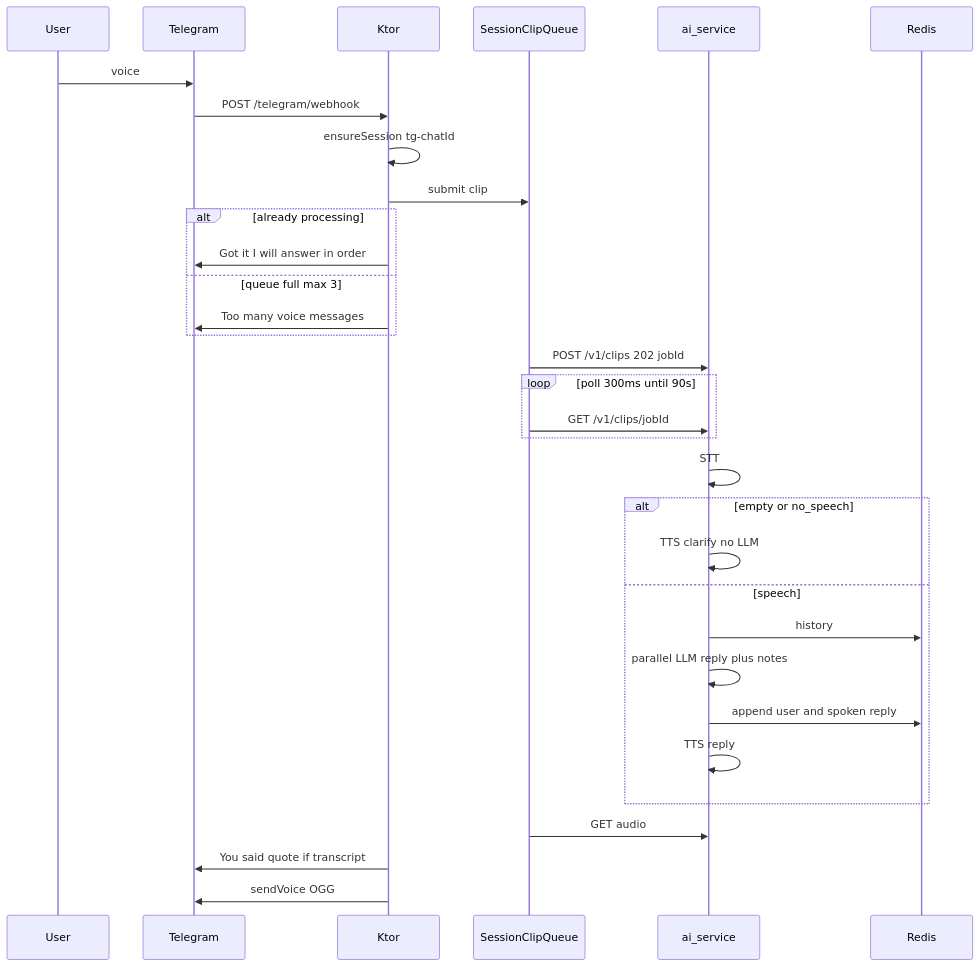
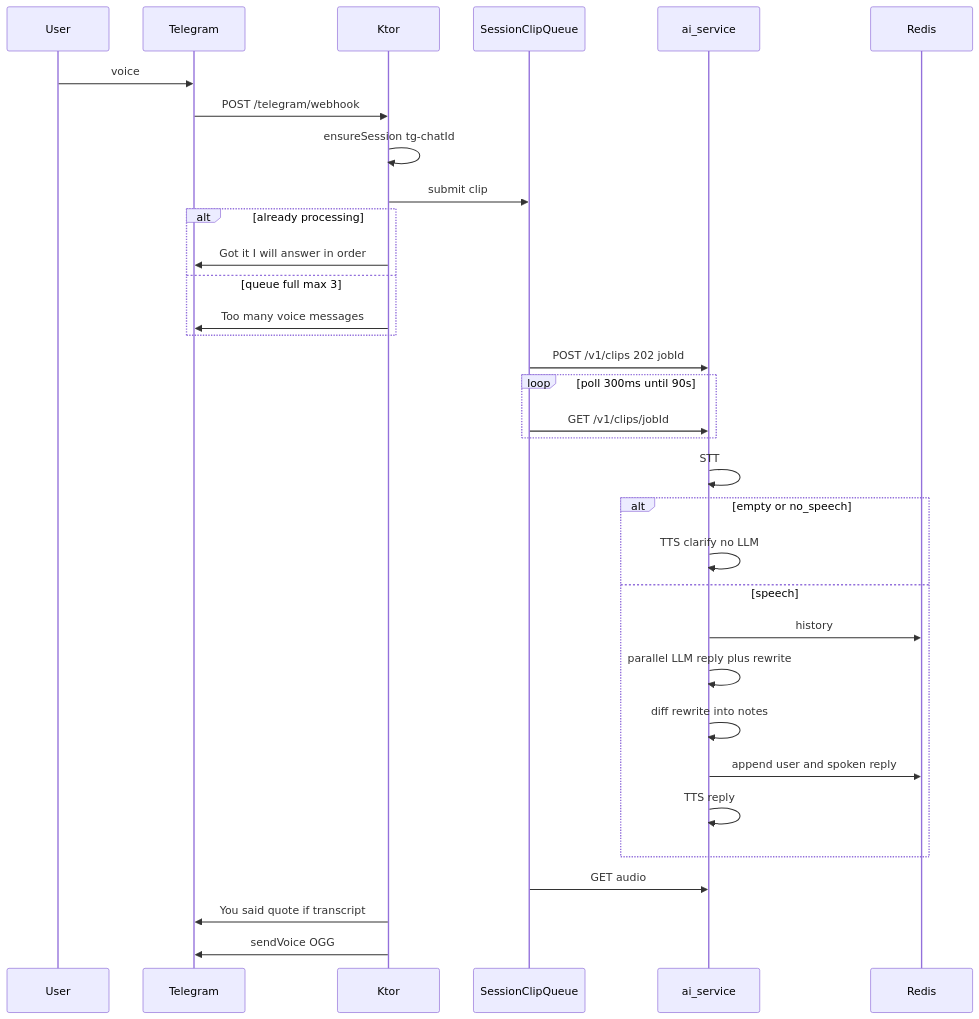
The second of 4 diagrams in ai_docs/architecture.md (greenblat17/1billion-dollar-startup), drawn with Mermaid before and after one commit. The commit also changed other lines of this file and 11 other files, not shown here.

````diff
--- a/ai_docs/architecture.md
+++ b/ai_docs/architecture.md
@@ -47,35 +47,36 @@
 ```mermaid
 sequenceDiagram
   participant User
   participant Telegram
   participant Ktor
   participant Queue as SessionClipQueue
   participant Ai as ai_service
   participant Redis
 
   User->>Telegram: voice
   Telegram->>Ktor: POST /telegram/webhook
   Ktor->>Ktor: ensureSession tg-chatId
   Ktor->>Queue: submit clip
   alt already processing
     Ktor->>Telegram: Got it I will answer in order
   else queue full max 3
     Ktor->>Telegram: Too many voice messages
   end
   Queue->>Ai: POST /v1/clips 202 jobId
   loop poll 300ms until 90s
     Queue->>Ai: GET /v1/clips/jobId
   end
   Ai->>Ai: STT
   alt empty or no_speech
     Ai->>Ai: TTS clarify no LLM
   else speech
     Ai->>Redis: history
-    Ai->>Ai: parallel LLM reply plus notes
+    Ai->>Ai: parallel LLM reply plus rewrite
+    Ai->>Ai: diff rewrite into notes
     Ai->>Redis: append user and spoken reply
     Ai->>Ai: TTS reply
   end
   Queue->>Ai: GET audio
   Ktor->>Telegram: You said quote if transcript
   Ktor->>Telegram: sendVoice OGG
 ```
````
